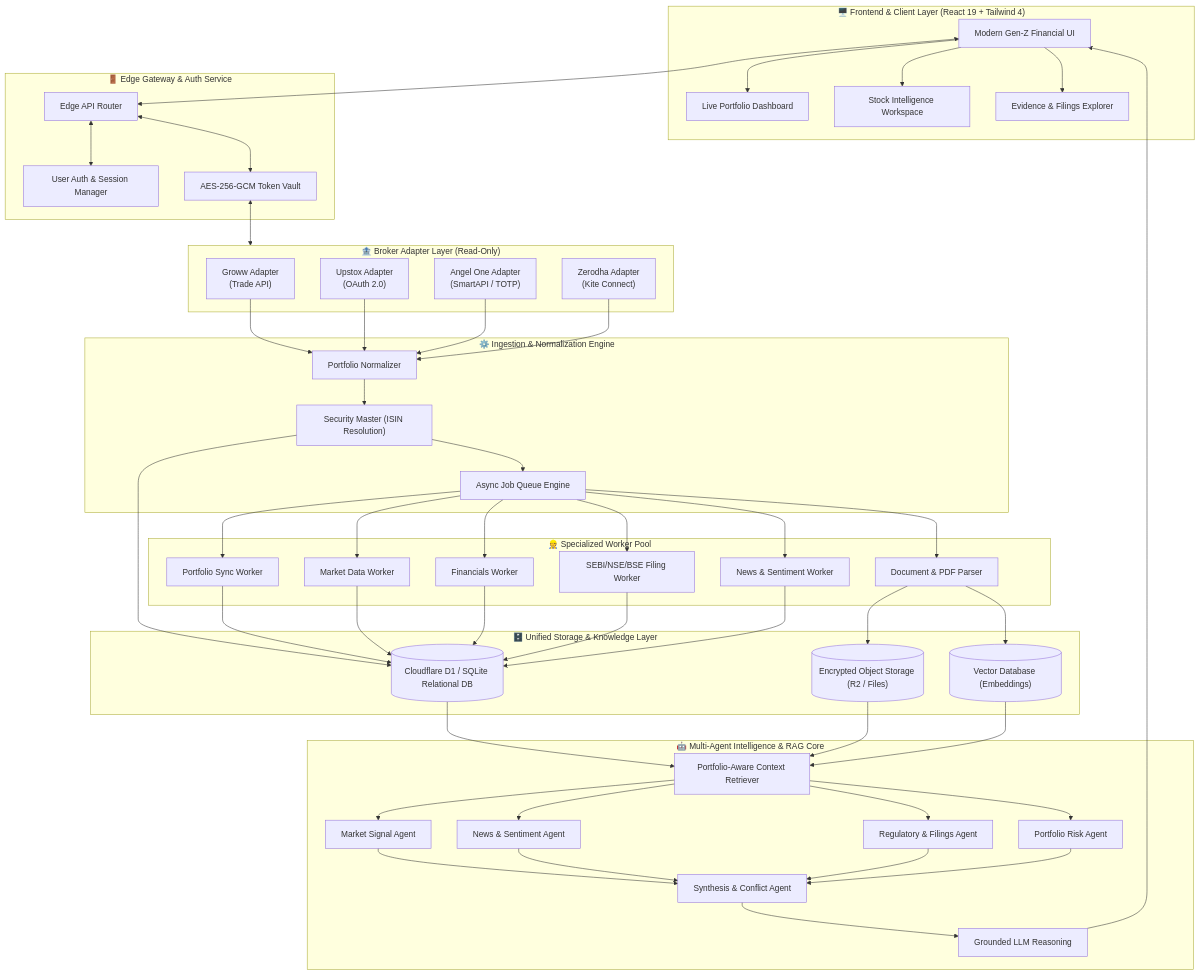
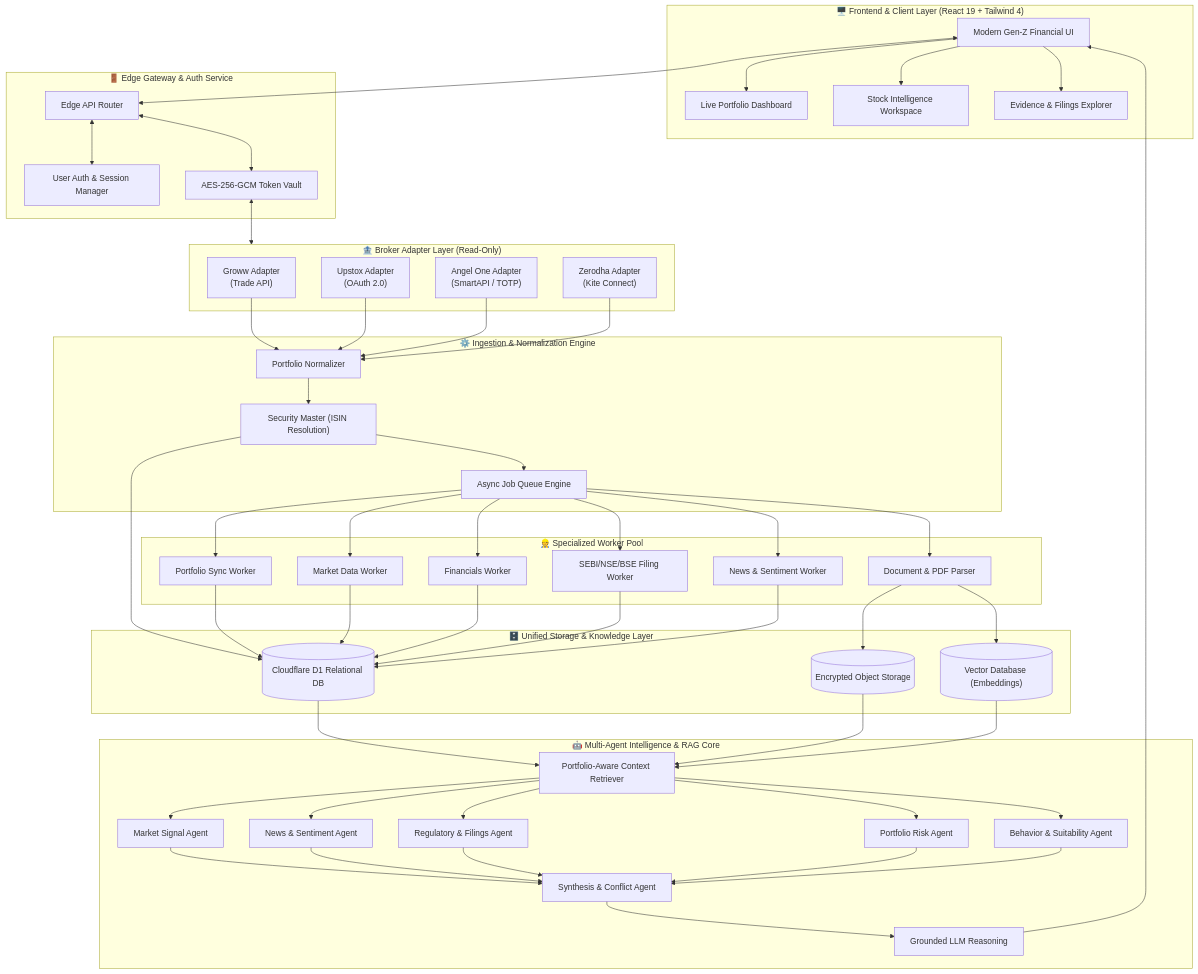
Before and after one commit to abhivardhan20-coder/FillEx: the first of 13 diagrams in README.md, drawn with Mermaid. The commit also changed other lines of this file, not shown here.

````diff
--- a/README.md
+++ b/README.md
@@ -140,78 +144,79 @@
 ```mermaid
 flowchart TB
     subgraph ClientLayer["🖥️ Frontend & Client Layer (React 19 + Tailwind 4)"]
         UI["Modern Gen-Z Financial UI"]
         DASH["Live Portfolio Dashboard"]
         STOCK["Stock Intelligence Workspace"]
         EVID["Evidence & Filings Explorer"]
         UI --> DASH
         UI --> STOCK
         UI --> EVID
     end
 
     subgraph GatewayLayer["🚪 Edge Gateway & Auth Service"]
         AUTH["User Auth & Session Manager"]
         VAULT["AES-256-GCM Token Vault"]
         ROUTER["Edge API Router"]
     end
 
     subgraph BrokerLayer["🏦 Broker Adapter Layer (Read-Only)"]
         GROWW["Groww Adapter\n(Trade API)"]
         UPSTOX["Upstox Adapter\n(OAuth 2.0)"]
         ANGEL["Angel One Adapter\n(SmartAPI / TOTP)"]
         ZERODHA["Zerodha Adapter\n(Kite Connect)"]
     end
 
     subgraph IngestionEngine["⚙️ Ingestion & Normalization Engine"]
         NORMALIZER["Portfolio Normalizer"]
         MASTER["Security Master (ISIN Resolution)"]
         QUEUE["Async Job Queue Engine"]
     end
 
     subgraph WorkerPool["👷 Specialized Worker Pool"]
         W_PORT["Portfolio Sync Worker"]
         W_MKT["Market Data Worker"]
         W_FIN["Financials Worker"]
         W_REG["SEBI/NSE/BSE Filing Worker"]
         W_NEWS["News & Sentiment Worker"]
         W_DOC["Document & PDF Parser"]
     end
 
     subgraph StorageLayer["🗄️ Unified Storage & Knowledge Layer"]
-        DB[("Cloudflare D1 / SQLite Relational DB")]
-        OBJ[("Encrypted Object Storage (R2 / Files)")]
+        DB[("Cloudflare D1 Relational DB")]
+        OBJ[("Encrypted Object Storage")]
         VEC[("Vector Database (Embeddings)")]
     end
 
     subgraph AIEngine["🤖 Multi-Agent Intelligence & RAG Core"]
         RETRIEVER["Portfolio-Aware Context Retriever"]
         MA_AGENT["Market Signal Agent"]
         NA_AGENT["News & Sentiment Agent"]
         FA_AGENT["Regulatory & Filings Agent"]
         RA_AGENT["Portfolio Risk Agent"]
+        BA_AGENT["Behavior & Suitability Agent"]
         SYNTH["Synthesis & Conflict Agent"]
         LLM["Grounded LLM Reasoning"]
     end
 
     %% Flow Connections
     UI <--> ROUTER
     ROUTER <--> AUTH
     ROUTER <--> VAULT
     VAULT <--> BrokerLayer
 
     GROWW & UPSTOX & ANGEL & ZERODHA --> NORMALIZER
     NORMALIZER --> MASTER
     MASTER --> DB
     MASTER --> QUEUE
 
     QUEUE --> W_PORT & W_MKT & W_FIN & W_REG & W_NEWS & W_DOC
     W_PORT & W_MKT & W_FIN & W_REG & W_NEWS --> DB
     W_DOC --> OBJ
     W_DOC --> VEC
 
     DB & OBJ & VEC --> RETRIEVER
-    RETRIEVER --> MA_AGENT & NA_AGENT & FA_AGENT & RA_AGENT
-    MA_AGENT & NA_AGENT & FA_AGENT & RA_AGENT --> SYNTH
+    RETRIEVER --> MA_AGENT & NA_AGENT & FA_AGENT & RA_AGENT & BA_AGENT
+    MA_AGENT & NA_AGENT & FA_AGENT & RA_AGENT & BA_AGENT --> SYNTH
     SYNTH --> LLM
     LLM --> UI
 ```
````
